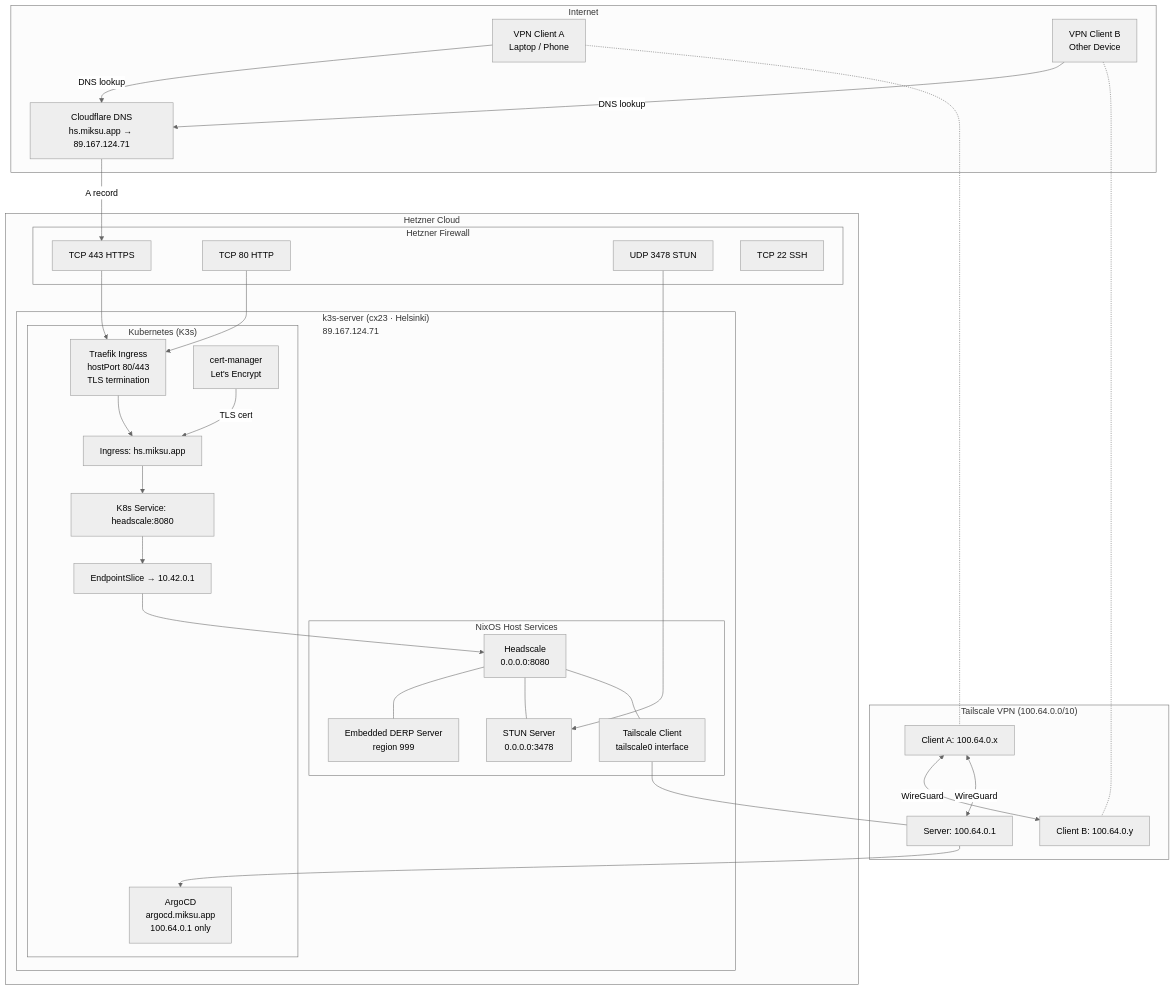
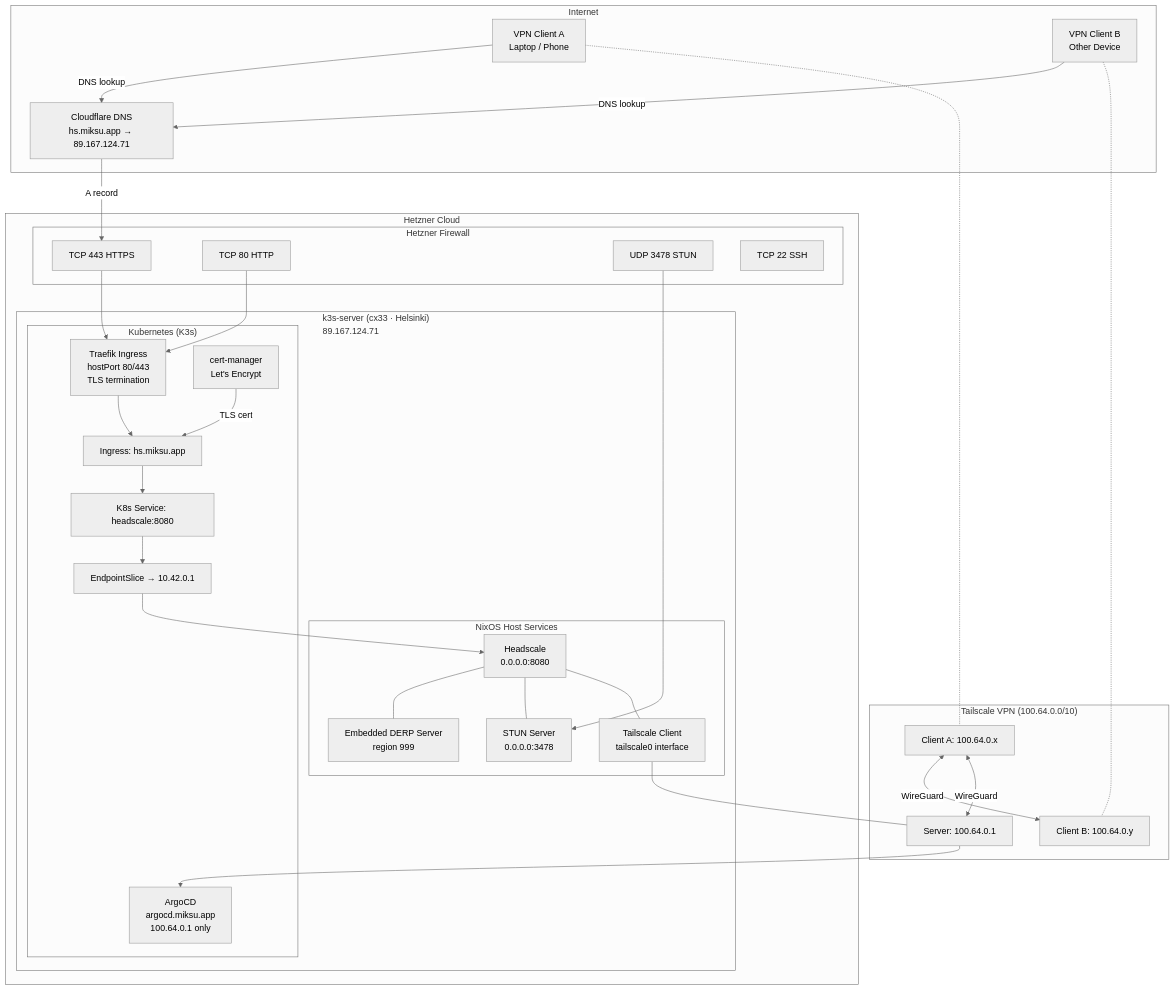
One commit to MikaelSiidorow/infra changed the first of 4 diagrams in docs/headscale-network-diagram.md. Above: the diagram before and after it, drawn with Mermaid (neutral theme). The commit also changed 15 other files, not shown here.

````diff
--- a/docs/headscale-network-diagram.md
+++ b/docs/headscale-network-diagram.md
@@ -5,63 +5,63 @@
 ```mermaid
 graph TB
     subgraph Internet
         CLIENT_A[VPN Client A<br/>Laptop / Phone]
         CLIENT_B[VPN Client B<br/>Other Device]
         CF[Cloudflare DNS<br/>hs.miksu.app → 89.167.124.71]
     end
 
     subgraph Hetzner Cloud
         subgraph Firewall["Hetzner Firewall"]
             FW_443[TCP 443 HTTPS]
             FW_80[TCP 80 HTTP]
             FW_3478[UDP 3478 STUN]
             FW_22[TCP 22 SSH]
         end
 
-        subgraph Server["k3s-server (cx23 · Helsinki)<br/>89.167.124.71"]
+        subgraph Server["k3s-server (cx33 · Helsinki)<br/>89.167.124.71"]
             subgraph K8s["Kubernetes (K3s)"]
                 TRAEFIK["Traefik Ingress<br/>hostPort 80/443<br/>TLS termination"]
                 CERTMGR["cert-manager<br/>Let's Encrypt"]
                 INGRESS["Ingress: hs.miksu.app"]
                 SVC["K8s Service: headscale:8080"]
                 EP["EndpointSlice → 10.42.0.1"]
                 ARGOCD["ArgoCD<br/>argocd.miksu.app<br/>100.64.0.1 only"]
             end
 
             subgraph NixOS["NixOS Host Services"]
                 HS["Headscale<br/>0.0.0.0:8080"]
                 DERP["Embedded DERP Server<br/>region 999"]
                 STUN["STUN Server<br/>0.0.0.0:3478"]
                 TS["Tailscale Client<br/>tailscale0 interface"]
             end
         end
     end
 
     subgraph Tailscale Network ["Tailscale VPN (100.64.0.0/10)"]
         TS_SERVER["Server: 100.64.0.1"]
         TS_CLIENT_A["Client A: 100.64.0.x"]
         TS_CLIENT_B["Client B: 100.64.0.y"]
     end
 
     CLIENT_A -->|DNS lookup| CF
     CLIENT_B -->|DNS lookup| CF
     CF -->|A record| FW_443
     FW_443 --> TRAEFIK
     FW_80 --> TRAEFIK
     FW_3478 --> STUN
     TRAEFIK --> INGRESS
     INGRESS --> SVC
     SVC --> EP
     EP --> HS
     CERTMGR -->|TLS cert| INGRESS
     HS --- DERP
     HS --- STUN
     HS --- TS
 
     TS --- TS_SERVER
     CLIENT_A -.- TS_CLIENT_A
     CLIENT_B -.- TS_CLIENT_B
     TS_CLIENT_A <-->|WireGuard| TS_CLIENT_B
     TS_CLIENT_A <-->|WireGuard| TS_SERVER
     TS_SERVER --> ARGOCD
 ```
````
